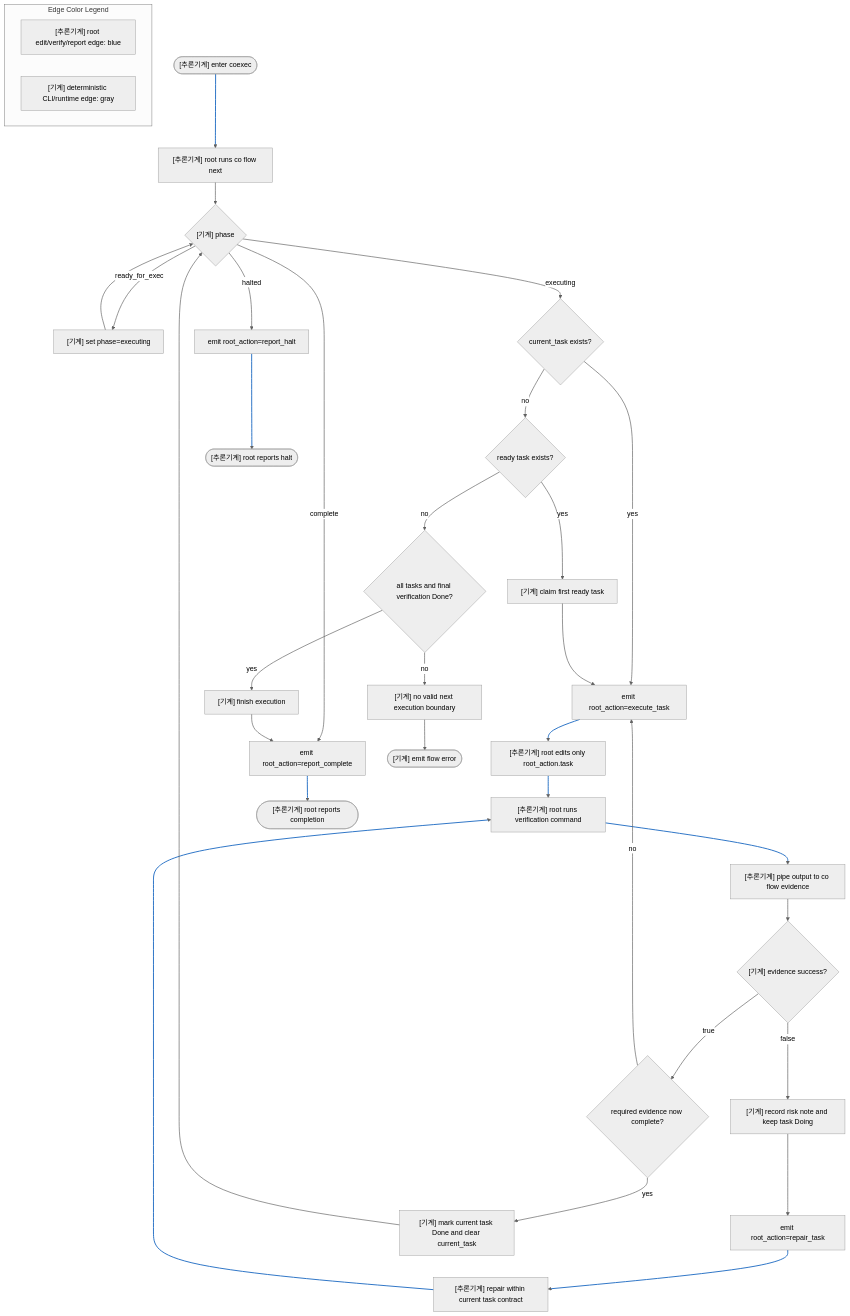
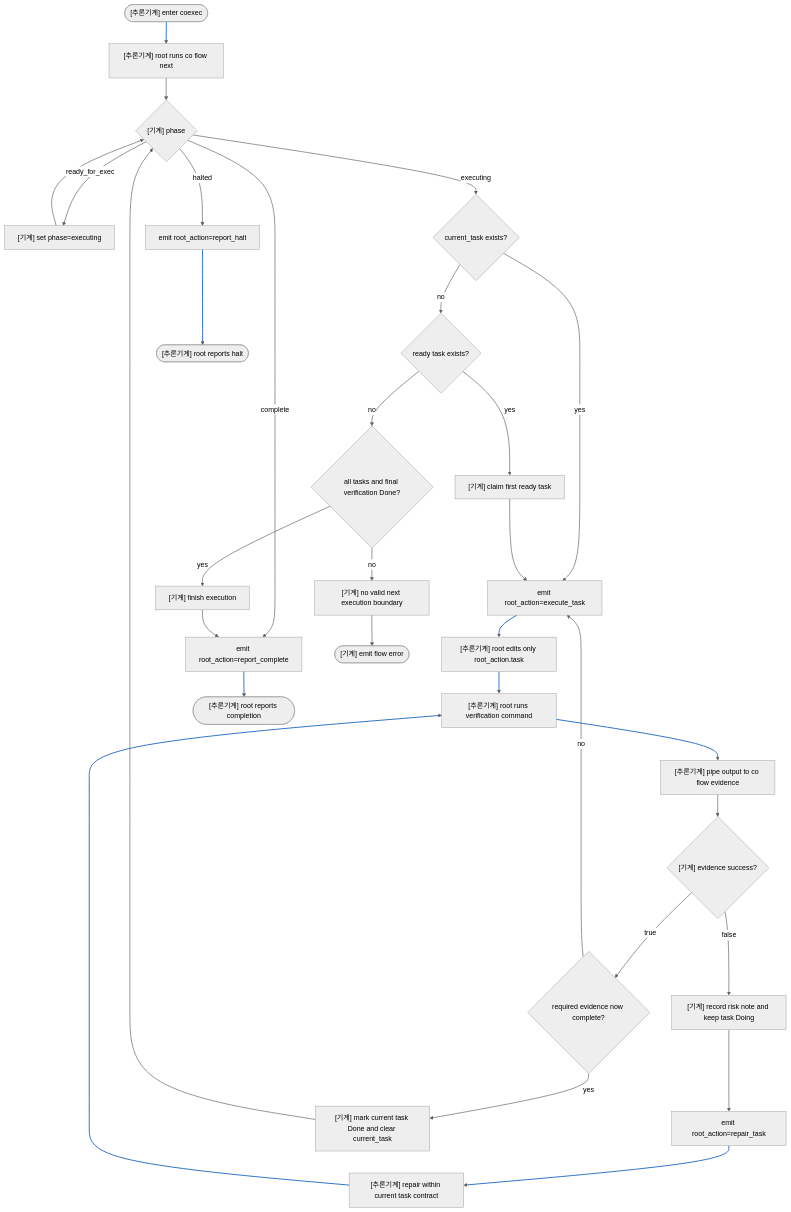
The second of 2 diagrams in COEXEC.md (mym0404/coflow), drawn with Mermaid (neutral theme) before and after one commit. The commit also changed 11 other files, not shown here.

````diff
--- a/COEXEC.md
+++ b/COEXEC.md
@@ -44,50 +44,45 @@
 ```mermaid
 flowchart TD
-  subgraph Legend["Edge Color Legend"]
-    LRoot["[추론기계] root edit/verify/report edge: blue"]
-    LMachine["[기계] deterministic CLI/runtime edge: gray"]
-  end
-
   Start(["[추론기계] enter coexec"])
   Next["[추론기계] root runs co flow next"]
   Phase{"[기계] phase"}
 
   Start --> Next --> Phase
 
   Phase -->|ready_for_exec| StartExec["[기계] set phase=executing"]
   StartExec --> Phase
   Phase -->|executing| Current{"current_task exists?"}
   Phase -->|halted| EmitHalt["emit root_action=report_halt"]
   Phase -->|complete| EmitComplete["emit root_action=report_complete"]
 
   Current -->|yes| EmitExecute["emit root_action=execute_task"]
   Current -->|no| Ready{"ready task exists?"}
   Ready -->|yes| Claim["[기계] claim first ready task"]
   Claim --> EmitExecute
   Ready -->|no| Finish{"all tasks and final verification Done?"}
   Finish -->|yes| MarkComplete["[기계] finish execution"]
   MarkComplete --> EmitComplete
   Finish -->|no| HaltNeeded["[기계] no valid next execution boundary"]
 
   EmitExecute --> Implement["[추론기계] root edits only root_action.task"]
   Implement --> Verify["[추론기계] root runs verification command"]
   Verify --> Evidence["[추론기계] pipe output to co flow evidence"]
   Evidence --> EvidenceResult{"[기계] evidence success?"}
 
   EvidenceResult -->|false| Risk["[기계] record risk note and keep task Doing"]
   Risk --> EmitRepair["emit root_action=repair_task"]
   EmitRepair --> Repair["[추론기계] repair within current task contract"]
   Repair --> Verify
 
   EvidenceResult -->|true| Required{"required evidence now complete?"}
   Required -->|no| EmitExecute
   Required -->|yes| Done["[기계] mark current task Done and clear current_task"]
   Done --> Phase
 
   EmitHalt --> ReportHalt(["[추론기계] root reports halt"])
   EmitComplete --> ReportComplete(["[추론기계] root reports completion"])
   HaltNeeded --> FlowError(["[기계] emit flow error"])
 
   linkStyle default stroke:#616161,stroke-width:1.5px
   linkStyle 0,15,16,17,21,22,27,28 stroke:#1565c0,stroke-width:2px
 ```
````
